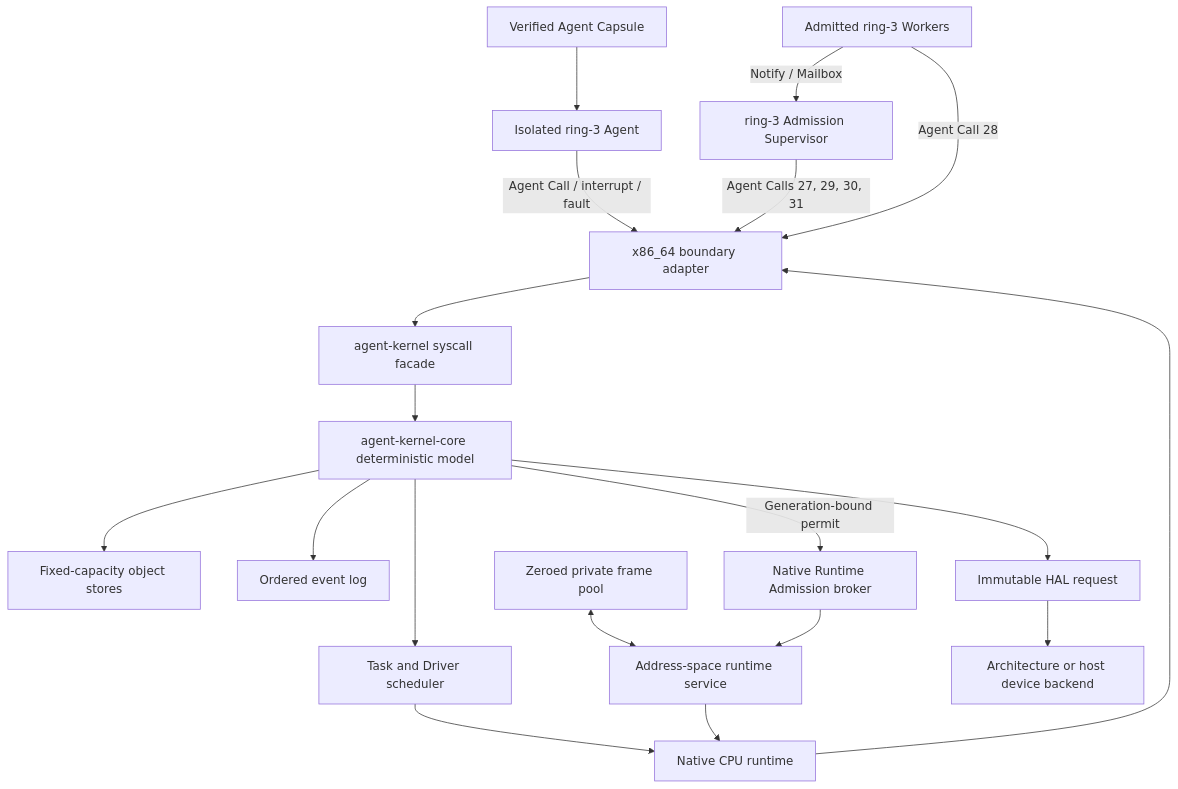
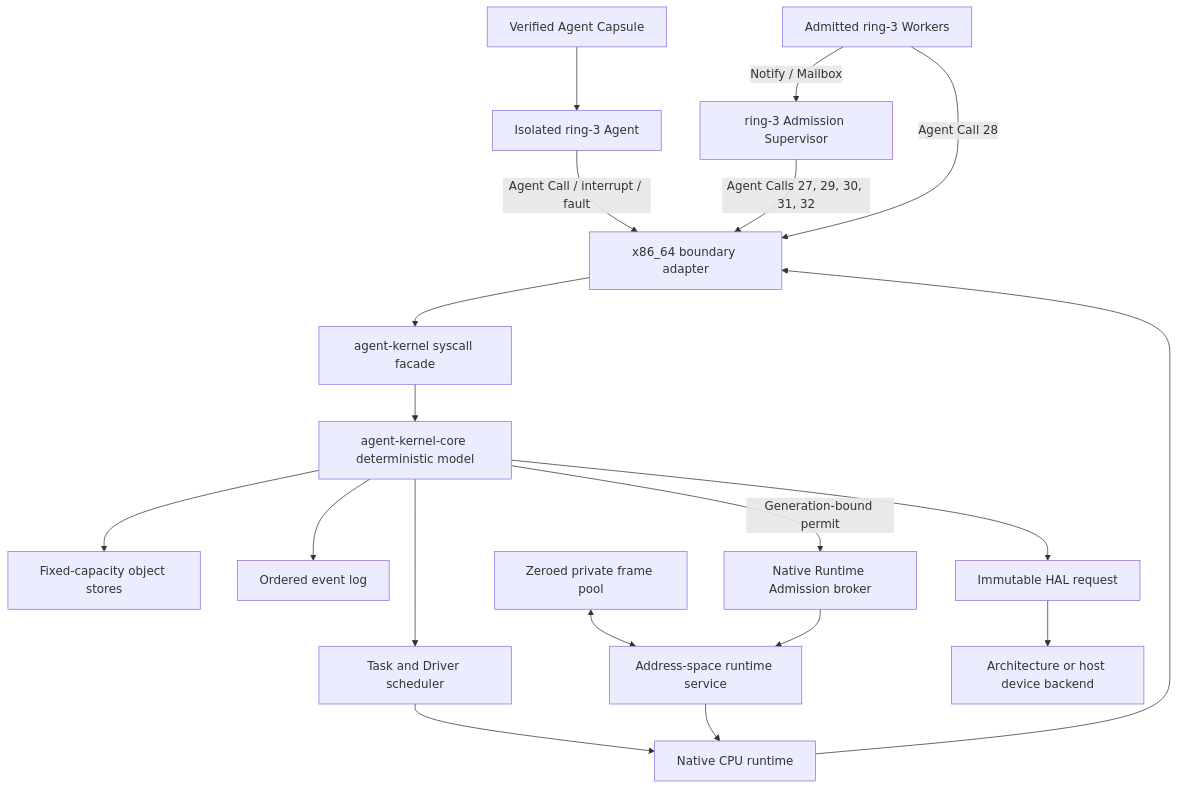
Before and after one commit to Evan-master/agent-kernel: the diagram in README.md, drawn with Mermaid. The commit also changed other lines of this file and 35 other files, not shown here.

````diff
--- a/README.md
+++ b/README.md
@@ -180,21 +187,21 @@
 ```mermaid
 flowchart TB
     Capsule["Verified Agent Capsule"] --> Ring3["Isolated ring-3 Agent"]
     Ring3 -->|"Agent Call / interrupt / fault"| X86["x86_64 boundary adapter"]
     X86 --> Facade["agent-kernel syscall facade"]
     Facade --> Core["agent-kernel-core deterministic model"]
     Core --> Stores["Fixed-capacity object stores"]
     Core --> Events["Ordered event log"]
     Core --> Scheduler["Task and Driver scheduler"]
     Scheduler --> Runtime["Native CPU runtime"]
     Runtime --> X86
     FramePool["Zeroed private frame pool"] <--> AddressService["Address-space runtime service"]
     Broker["Native Runtime Admission broker"] --> AddressService
     Core -->|"Generation-bound permit"| Broker
     AddressService --> Runtime
     Core --> HAL["Immutable HAL request"]
     HAL --> Device["Architecture or host device backend"]
-    Supervisor["ring-3 Admission Supervisor"] -->|"Agent Calls 27, 29, 30, 31"| X86
+    Supervisor["ring-3 Admission Supervisor"] -->|"Agent Calls 27, 29, 30, 31, 32"| X86
     Workers["Admitted ring-3 Workers"] -->|"Agent Call 28"| X86
     Workers -->|"Notify / Mailbox"| Supervisor
 ```
````
